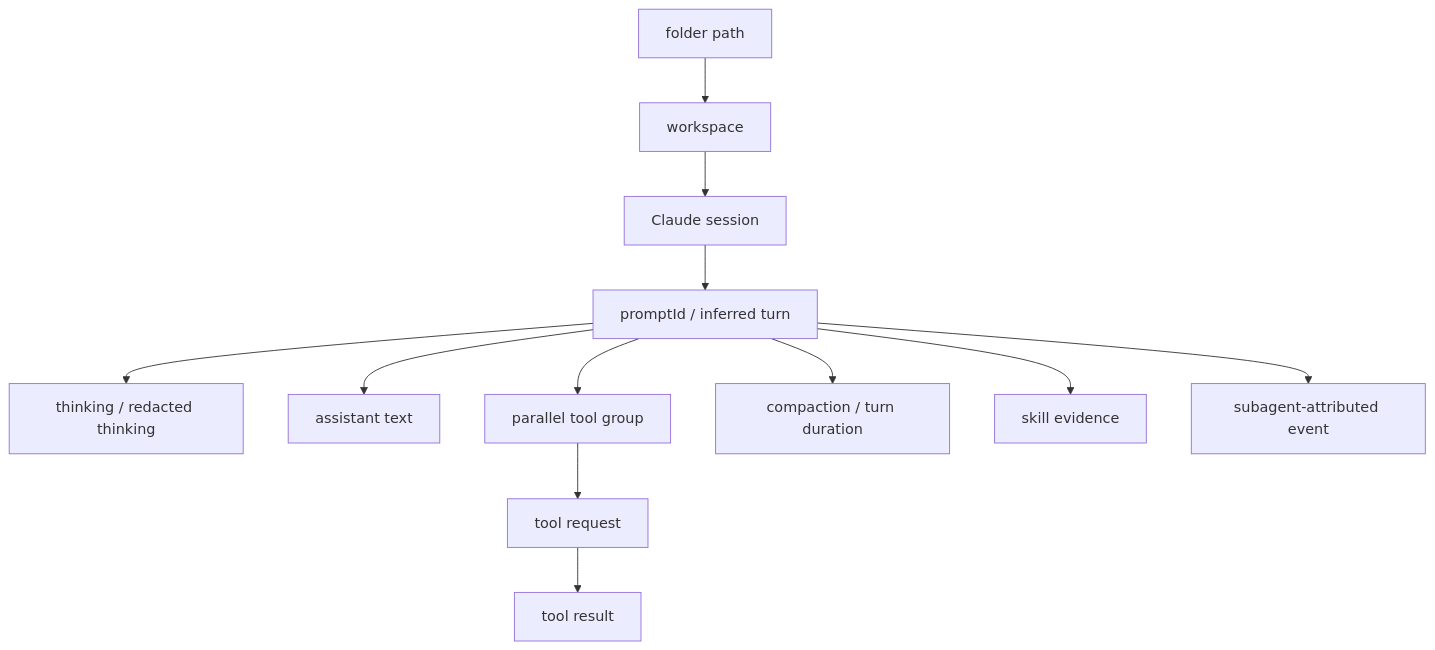
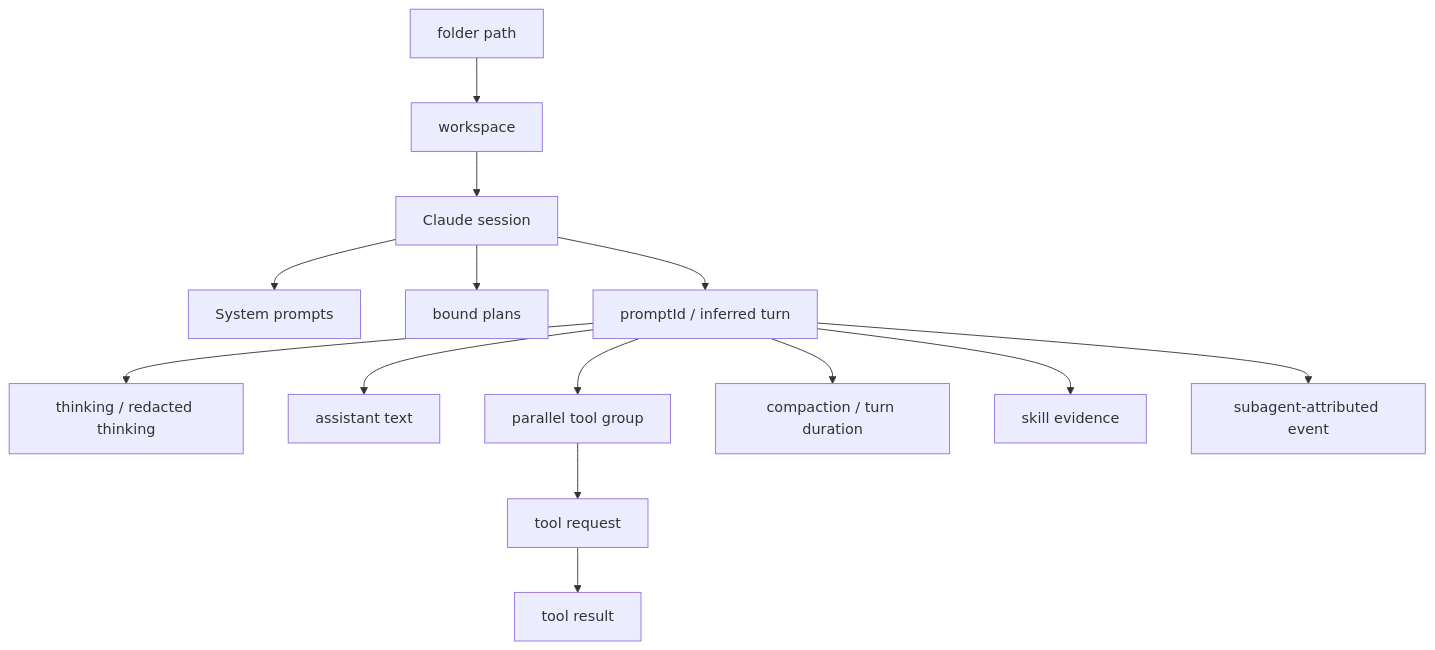
One commit to chrisnas/HarnessSpy changed the fourth of 4 diagrams in docs/session_claude.md. Above: the diagram before and after it, drawn with Mermaid. The commit also changed other lines of this file and 5 other files, not shown here.

````diff
--- a/docs/session_claude.md
+++ b/docs/session_claude.md
@@ -410,14 +429,16 @@
 ```mermaid
 flowchart TD
     Folder["folder path"] --> Workspace["workspace"]
     Workspace --> Session["Claude session"]
+    Session --> SystemPrompts["System prompts"]
+    Session --> Plans["bound plans"]
     Session --> Turn["promptId / inferred turn"]
     Turn --> Thought["thinking / redacted thinking"]
     Turn --> Response["assistant text"]
     Turn --> Parallel["parallel tool group"]
     Parallel --> Tool["tool request"]
     Tool --> Result["tool result"]
     Turn --> Compact["compaction / turn duration"]
     Turn --> Skill["skill evidence"]
     Turn --> AgentEvent["subagent-attributed event"]
 ```
````
